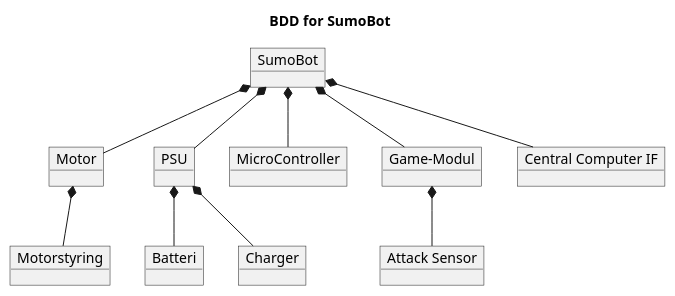
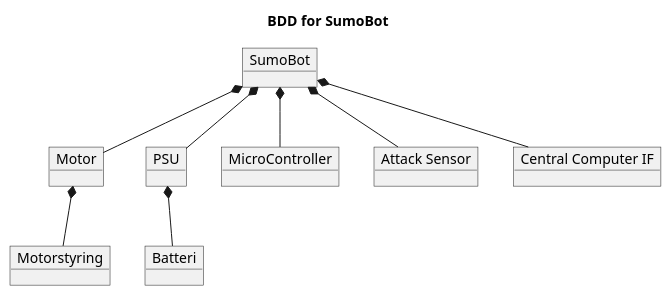
One commit to Solvgraa-mager/E3PRJ3 changed the diagram in Diagrammer/SumoBot_Bdd/SumoBot.puml. Above: the diagram before and after it, drawn with PlantUML. The commit also changed 1 other file, not shown here.

```diff
--- a/Diagrammer/SumoBot_Bdd/SumoBot.puml
+++ b/Diagrammer/SumoBot_Bdd/SumoBot.puml
@@ -1,27 +1,23 @@
 @startuml
 skinparam BackgroundColor transparent
 
 title BDD for SumoBot
 
 object "SumoBot" as SumoBot
 object "Motor" as Motor
 object "Motorstyring" as Motorstyring
 object "PSU" as PSU
 object "Batteri" as Batteri
-object "Charger" as Charger
 object "MicroController" as muc_SumoBot
-object "Game-Modul" as game_Module 
 object "Attack Sensor" as AttackSensor
 object "Central Computer IF" as central_computer_IF
 
 SumoBot *-- Motor
   Motor *-- Motorstyring
 SumoBot *-- PSU
-  PSU *-- Charger
   PSU *-- Batteri
 SumoBot *-- muc_SumoBot
-SumoBot *-- game_Module
-game_Module *-- AttackSensor
+SumoBot *-- AttackSensor
 SumoBot *-- central_computer_IF
 
 @enduml
```
